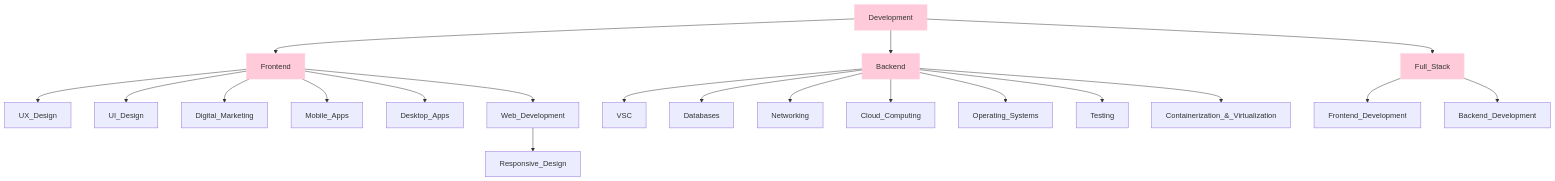
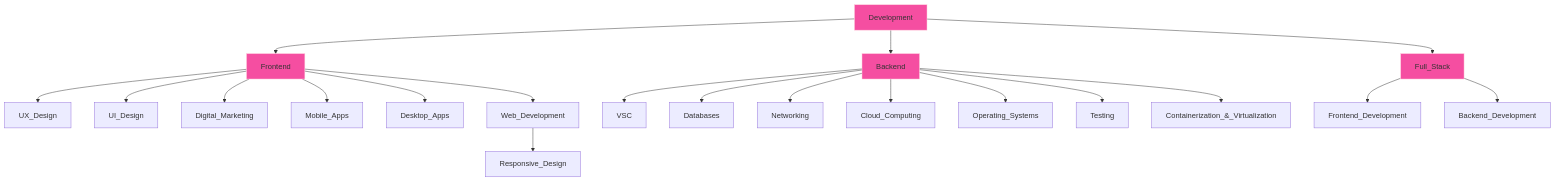
Before and after one commit to Azriel1909/Pink-academy: the diagram in README.md, drawn with Mermaid.

Commit message:
Mindmap updated

````diff
--- a/README.md
+++ b/README.md
@@ -9,26 +9,26 @@
 ```mermaid
 graph TB
     Development --> Frontend
     Frontend --> UX_Design
     Frontend --> UI_Design
     Frontend --> Digital_Marketing
     Frontend --> Mobile_Apps
     Frontend --> Desktop_Apps
     Frontend --> Web_Development
     Web_Development --> Responsive_Design
     Development --> Backend
     Backend --> VSC
     Backend --> Databases
     Backend --> Networking
     Backend --> Cloud_Computing
     Backend --> Operating_Systems
     Backend --> Testing
     Backend --> Containerization_&_Virtualization
     Development --> Full_Stack
     Full_Stack --> Frontend_Development
     Full_Stack --> Backend_Development
-    style Development fill:#ffcbdb,stroke:#ffcbdb
-    style Frontend fill:#ffcbdb,stroke:#ffcbdb
-    style Backend fill:#ffcbdb,stroke:#ffcbdb
-    style Full_Stack fill:#ffcbdb,stroke:#ffcbdb
+    style Development fill:#F54EA1,stroke:#ffcbdb
+    style Frontend fill:#F54EA1,stroke:#ffcbdb
+    style Backend fill:#F54EA1,stroke:#ffcbdb
+    style Full_Stack fill:#F54EA1,stroke:#ffcbdb
 ```
````
